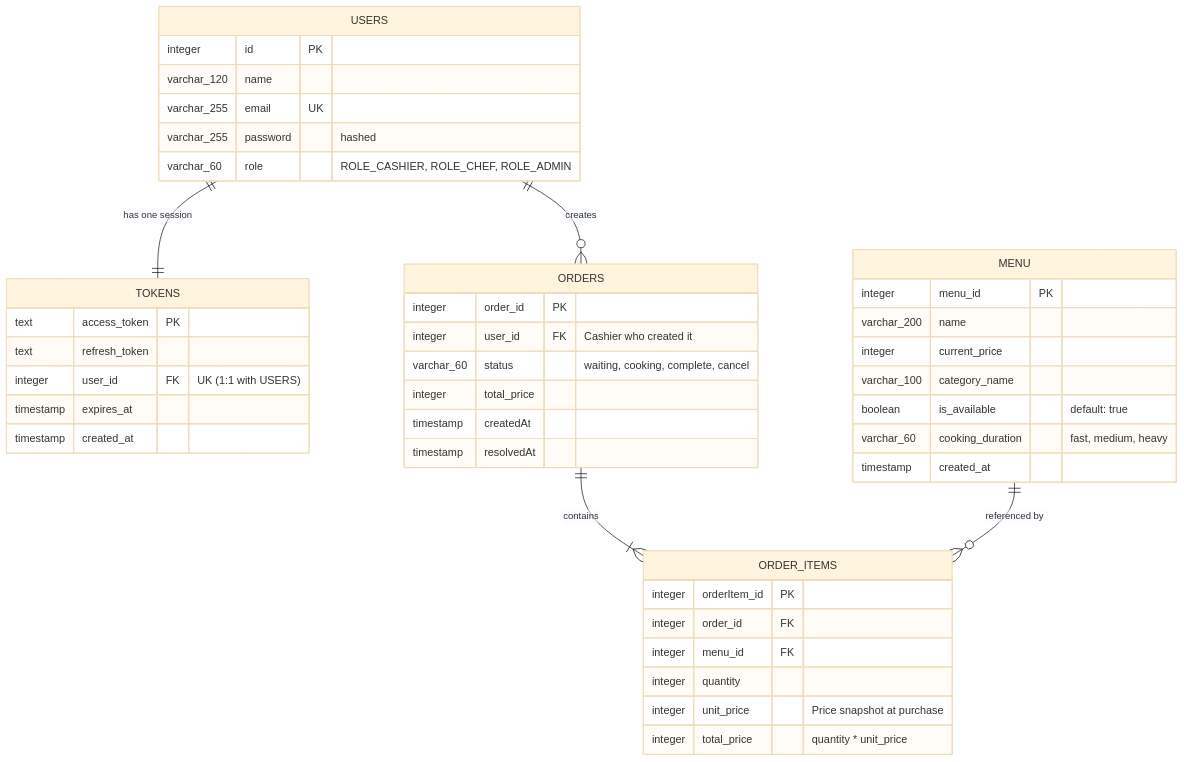
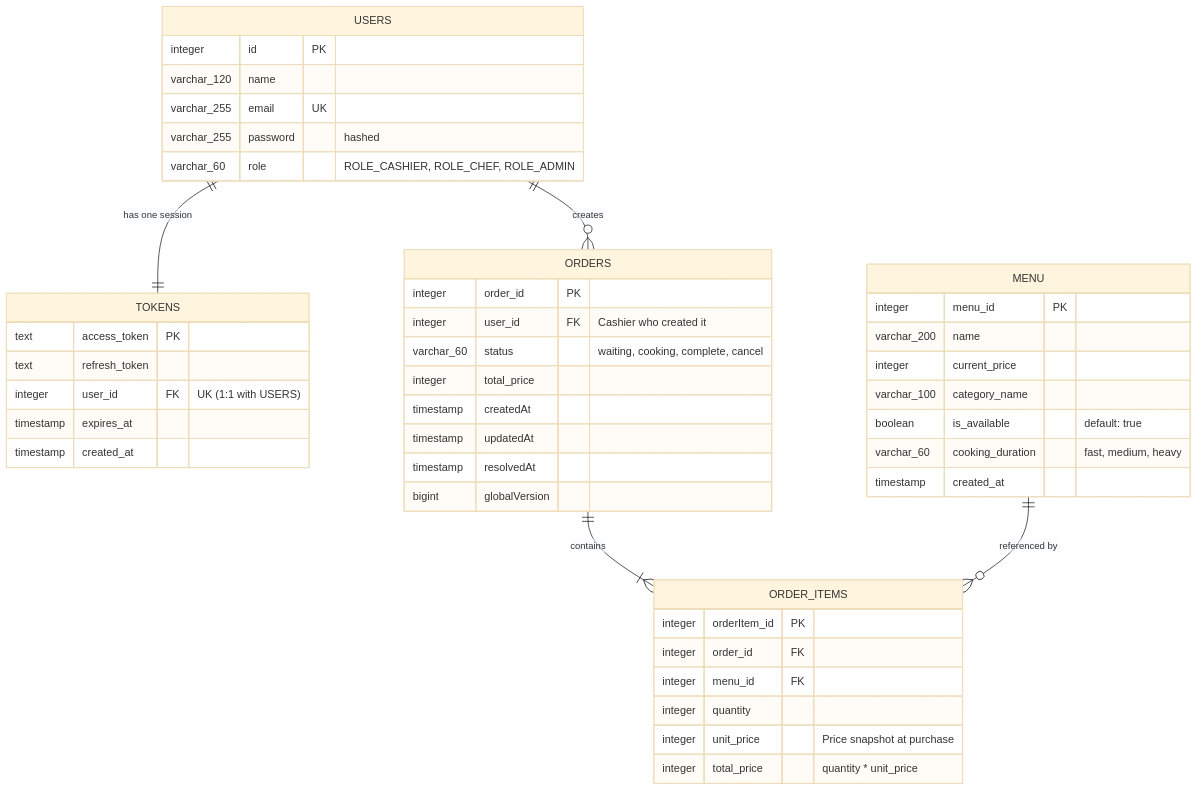
One commit to phonewinttun-dev/KitchenFLow changed the diagram in docs/db_design.md. Above: the diagram before and after it, drawn with Mermaid (base theme). The commit also changed other lines of this file and 9 other files, not shown here.

Commit message:
new feat: long polling with Deferredresult<> for order feature ( global version based)

````diff
--- a/docs/db_design.md
+++ b/docs/db_design.md
@@ -9,51 +9,53 @@
 ```mermaid
 erDiagram
     USERS ||--|| TOKENS : "has one session"
     USERS ||--o{ ORDERS : "creates"
     ORDERS ||--|{ ORDER_ITEMS : "contains"
     MENU ||--o{ ORDER_ITEMS : "referenced by"
 
     USERS {
         integer id PK
         varchar_120 name
         varchar_255 email UK
         varchar_255 password "hashed"
         varchar_60 role "ROLE_CASHIER, ROLE_CHEF, ROLE_ADMIN"
     }
 
     TOKENS {
         text access_token PK
         text refresh_token
         integer user_id FK "UK (1:1 with USERS)"
         timestamp expires_at
         timestamp created_at
     }
 
     MENU {
         integer menu_id PK
         varchar_200 name
         integer current_price
         varchar_100 category_name
         boolean is_available "default: true"
         varchar_60 cooking_duration "fast, medium, heavy"
         timestamp created_at
     }
 
     ORDERS {
         integer order_id PK
         integer user_id FK "Cashier who created it"
         varchar_60 status "waiting, cooking, complete, cancel"
         integer total_price
         timestamp createdAt
+        timestamp updatedAt
         timestamp resolvedAt
+        bigint globalVersion
     }
 
     ORDER_ITEMS {
         integer orderItem_id PK
         integer order_id FK
         integer menu_id FK
         integer quantity
         integer unit_price "Price snapshot at purchase"
         integer total_price "quantity * unit_price"
     }
 ```
````
